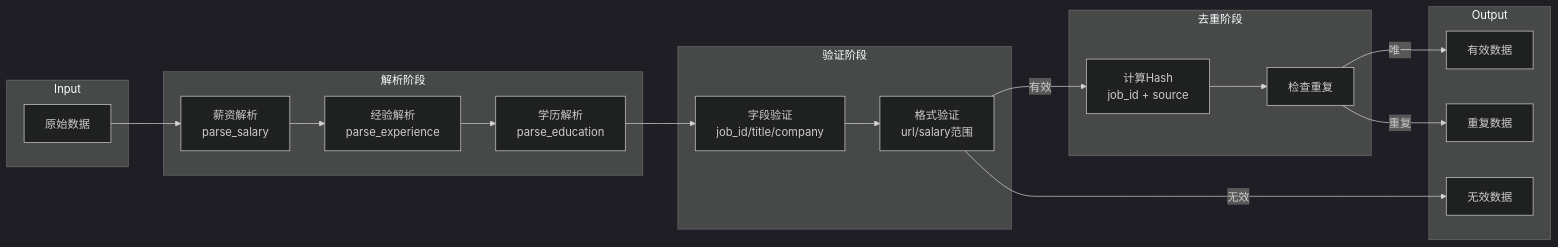
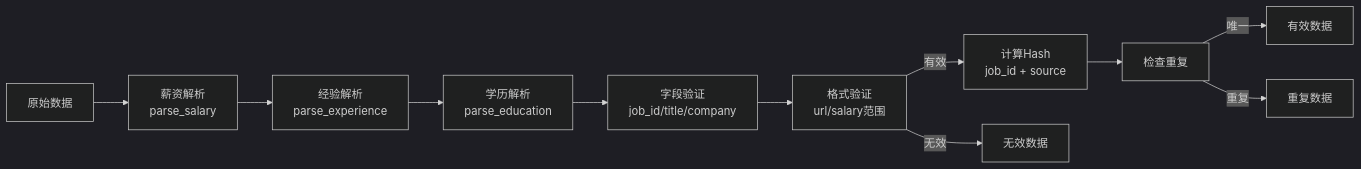
Before and after one commit to afine907/job-spider: the fourth of 5 diagrams in README.md, drawn with Mermaid (dark theme). The commit also changed other lines of this file, not shown here.

First line of the commit message:
fix: 修复 Mermaid 流程图语法和逻辑问题

````diff
--- a/README.md
+++ b/README.md
@@ -188,36 +181,16 @@
 ```mermaid
 flowchart LR
-    subgraph Input
-        A[原始数据]
-    end
+    A[原始数据] --> B[薪资解析<br/>parse_salary]
+    B --> C[经验解析<br/>parse_experience]
+    C --> D[学历解析<br/>parse_education]
     
-    subgraph ParserStage["解析阶段"]
-        B[薪资解析<br/>parse_salary]
-        C[经验解析<br/>parse_experience]
-        D[学历解析<br/>parse_education]
-    end
+    D --> E[字段验证<br/>job_id/title/company]
+    E --> F[格式验证<br/>url/salary范围]
     
-    subgraph ValidateStage["验证阶段"]
-        E[字段验证<br/>job_id/title/company]
-        F[格式验证<br/>url/salary范围]
-    end
+    F -->|有效| G[计算Hash<br/>job_id + source]
+    F -->|无效| J[无效数据]
     
-    subgraph DedupStage["去重阶段"]
-        G[计算Hash<br/>job_id + source]
-        H[检查重复]
-    end
-    
-    subgraph Output
-        I[有效数据]
-        J[无效数据]
-        K[重复数据]
-    end
-    
-    A --> B --> C --> D
-    D --> E --> F
-    F -->|有效| G
-    F -->|无效| J
-    G --> H
-    H -->|唯一| I
-    H -->|重复| K
+    G --> H[检查重复]
+    H -->|唯一| I[有效数据]
+    H -->|重复| K[重复数据]
 ```
````
